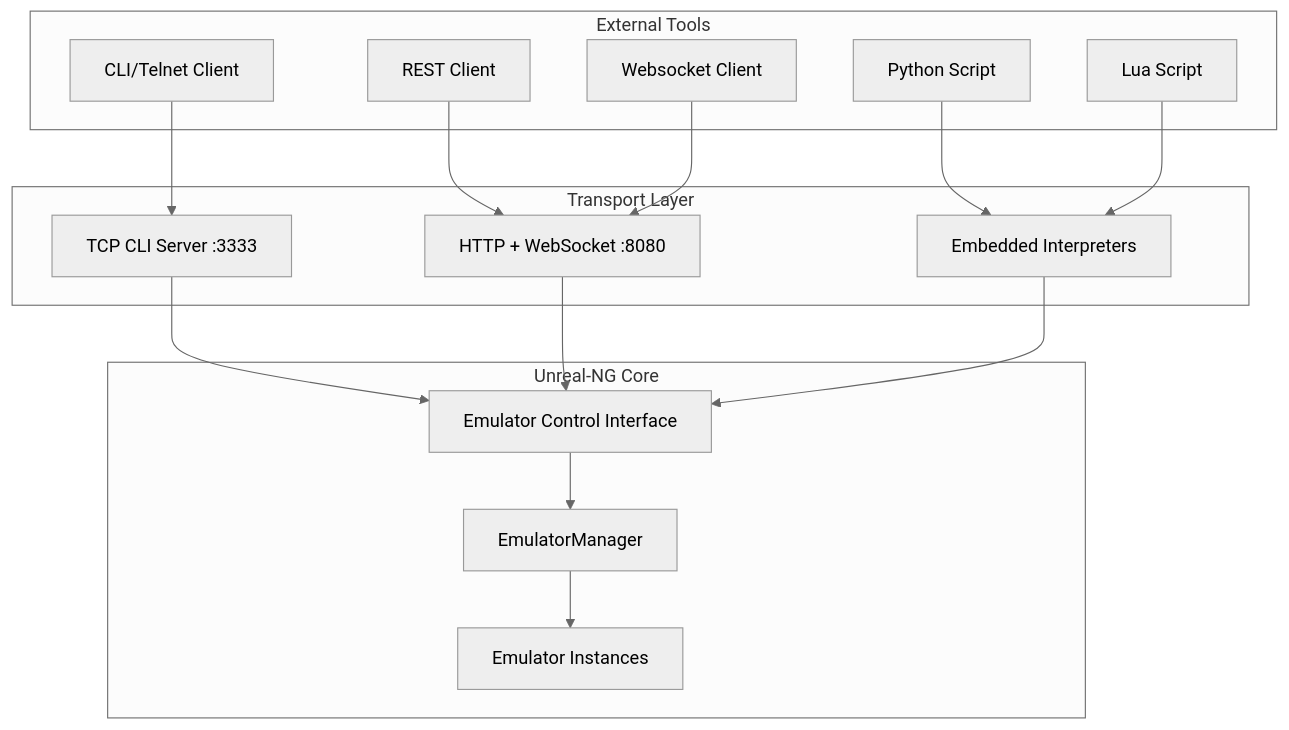
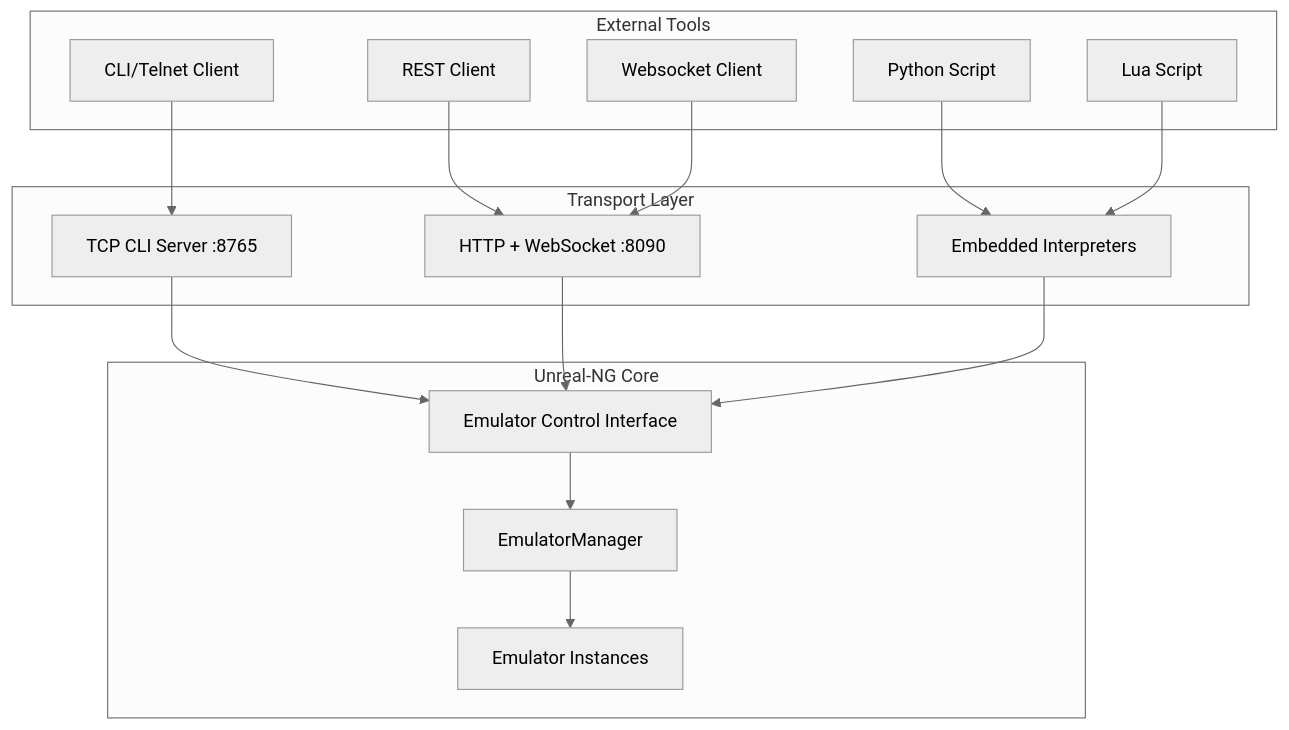
Before and after one commit to alfishe/unreal-ng: the diagram in docs/features/automation.md, drawn with Mermaid (neutral theme). The commit also changed other lines of this file and 12 other files, not shown here.

````diff
--- a/docs/features/automation.md
+++ b/docs/features/automation.md
@@ -7,35 +7,35 @@
 ```mermaid
 graph TB
     subgraph "External Tools"
         CLI[CLI/Telnet Client]
         HTTP[REST Client]
         WS[Websocket Client]
         PY[Python Script]
         LUA[Lua Script]
     end
     
     subgraph "Transport Layer"
-        TCLI[TCP CLI Server :3333]
-        WEB[HTTP + WebSocket :8080]
+        TCLI[TCP CLI Server :8765]
+        WEB[HTTP + WebSocket :8090]
         EMB[Embedded Interpreters]
     end
     
     subgraph "Unreal-NG Core"
         ECI[Emulator Control Interface]
         EM[EmulatorManager]
         EMU[Emulator Instances]
     end
     
     CLI --> TCLI
     HTTP --> WEB
     WS --> WEB
     PY --> EMB
     LUA --> EMB
     
     TCLI --> ECI
     WEB --> ECI
     EMB --> ECI
     
     ECI --> EM
     EM --> EMU
 ```
````
